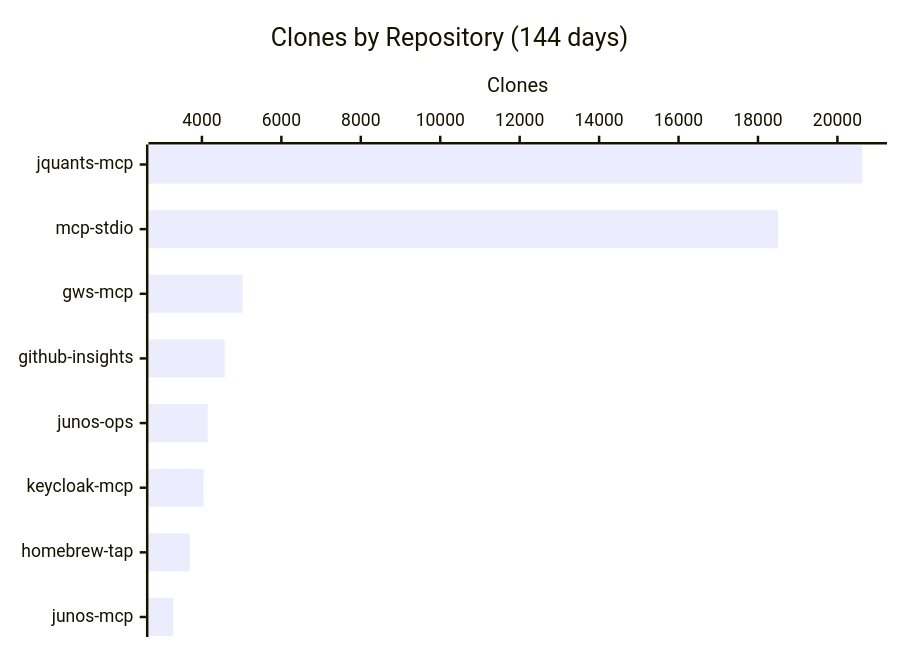
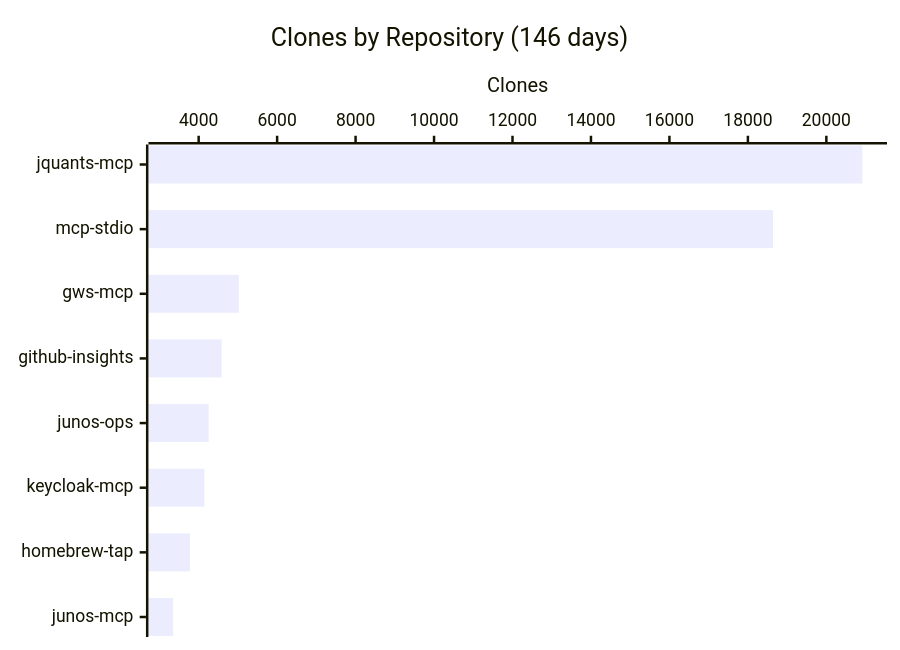
The fourth of 4 diagrams in README.md (shigechika/github-insights), drawn with Mermaid before and after one commit. The commit also changed other lines of this file and 2 other files, not shown here.

````diff
--- a/README.md
+++ b/README.md
@@ -58,7 +58,7 @@
 ```mermaid
 xychart-beta horizontal
-    title "Clones by Repository (144 days)"
+    title "Clones by Repository (146 days)"
     x-axis ["jquants-mcp", "mcp-stdio", "gws-mcp", "github-insights", "junos-ops", "keycloak-mcp", "homebrew-tap", "junos-mcp"]
     y-axis "Clones"
-    bar [20627, 18505, 5022, 4572, 4149, 4042, 3695, 3275]
+    bar [20917, 18639, 5025, 4585, 4255, 4145, 3777, 3349]
 ```
````
